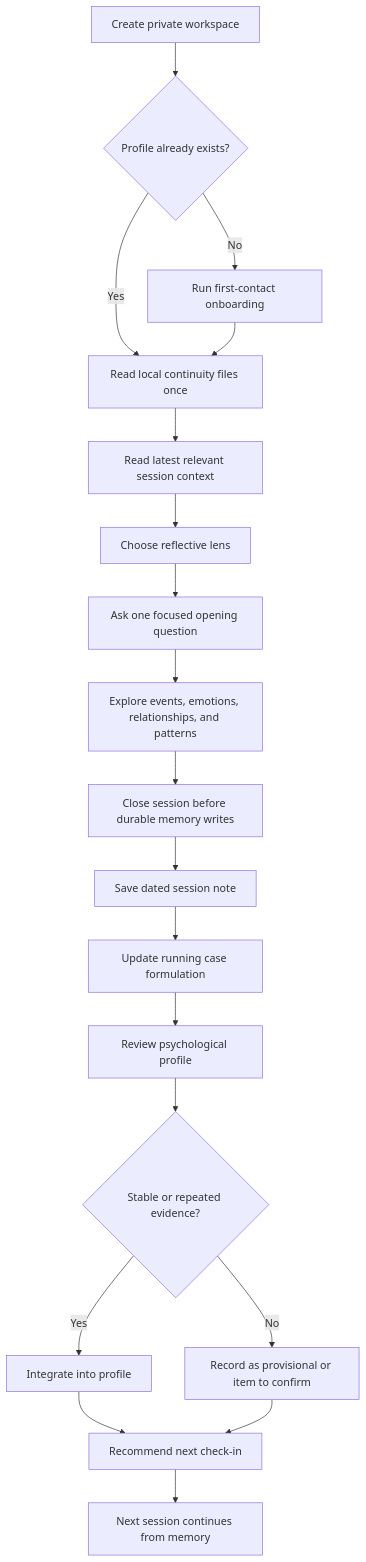
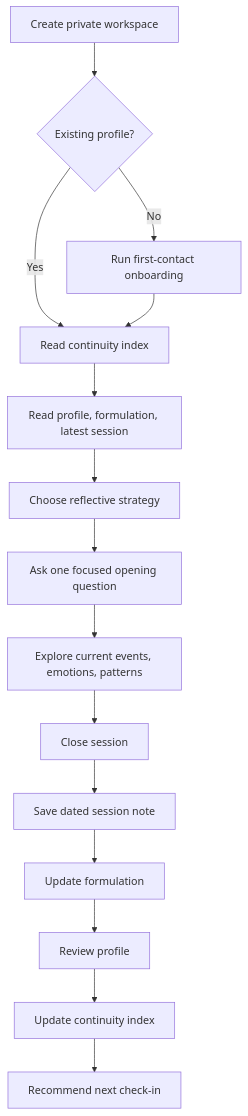
One commit to 126mingxuan/psychology-reflection-vault changed the diagram in README.md. Above: the diagram before and after it, drawn with Mermaid. The commit also changed other lines of this file and 67 other files, not shown here.

````diff
--- a/README.md
+++ b/README.md
@@ -171,21 +186,17 @@
 ```mermaid
 flowchart TD
-    A["Create private workspace"] --> B{"Profile already exists?"}
-    B -- No --> C["Run first-contact onboarding"]
-    B -- Yes --> D["Read local continuity files once"]
+    A["Create private workspace"] --> B{"Existing profile?"}
+    B -- "No" --> C["Run first-contact onboarding"]
+    B -- "Yes" --> D["Read continuity index"]
     C --> D
-    D --> E["Read latest relevant session context"]
-    E --> F["Choose reflective lens"]
+    D --> E["Read profile, formulation, latest session"]
+    E --> F["Choose reflective strategy"]
     F --> G["Ask one focused opening question"]
-    G --> H["Explore events, emotions, relationships, and patterns"]
-    H --> I["Close session before durable memory writes"]
+    G --> H["Explore current events, emotions, patterns"]
+    H --> I["Close session"]
     I --> J["Save dated session note"]
-    J --> K["Update running case formulation"]
-    K --> L["Review psychological profile"]
-    L --> M{"Stable or repeated evidence?"}
-    M -- Yes --> N["Integrate into profile"]
-    M -- No --> O["Record as provisional or item to confirm"]
-    N --> P["Recommend next check-in"]
-    O --> P
-    P --> Q["Next session continues from memory"]
+    J --> K["Update formulation"]
+    K --> L["Review profile"]
+    L --> M["Update continuity index"]
+    M --> N["Recommend next check-in"]
 ```
````
